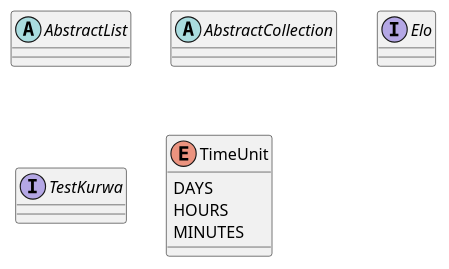
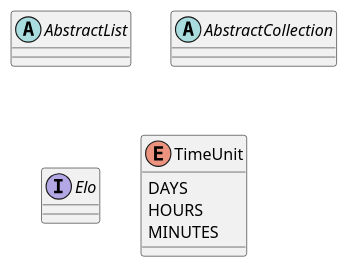
One commit to asvid/LatexTest changed the diagram in src/test.puml. Above: the diagram before and after it, drawn with PlantUML. The commit also changed 3 other files, not shown here.

```diff
--- a/src/test.puml
+++ b/src/test.puml
@@ -1,15 +1,13 @@
 @startuml
 'https://plantuml.com/class-diagram
 
 abstract class AbstractList
 abstract AbstractCollection
 interface Elo
-interface TestKurwa
-
 enum TimeUnit {
 DAYS
 HOURS
 MINUTES
 }
 
 @enduml
```
